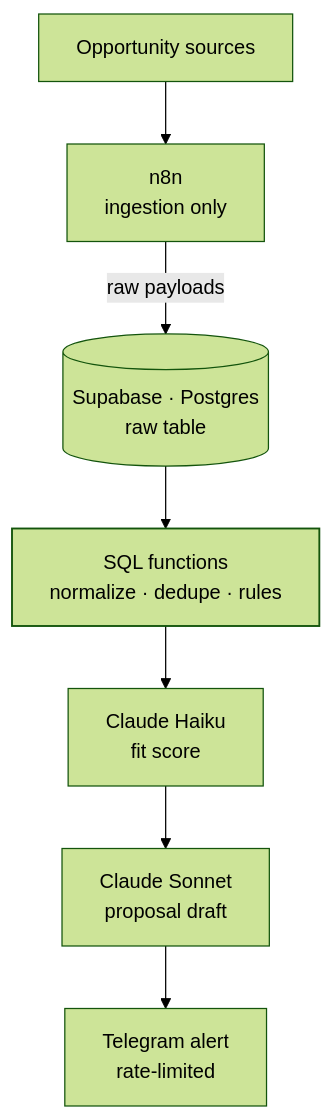
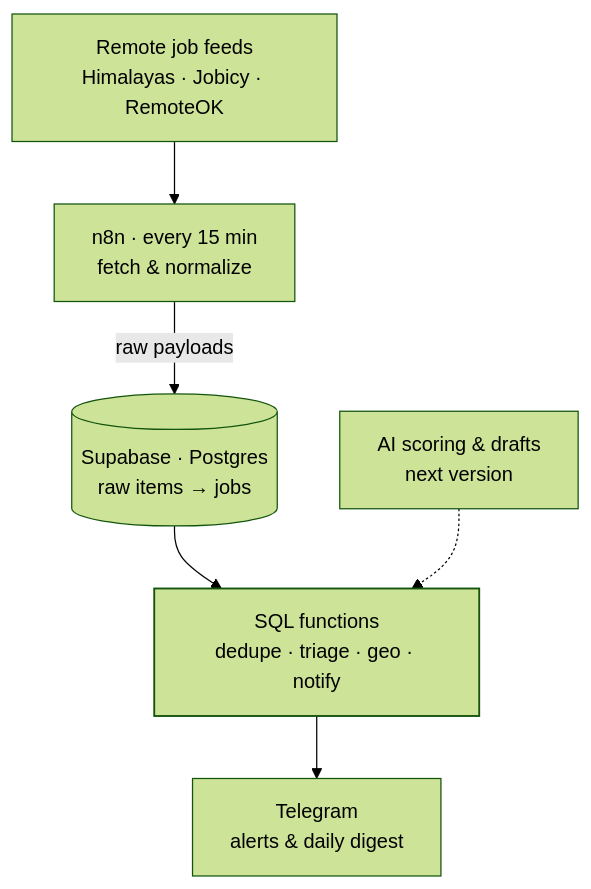
Before and after one commit to BLOW3ED/dev-portfolio: the diagram in content/en/work/autojob.mdx, drawn with Mermaid (forest theme). The commit also changed other lines of this file and 38 other files, not shown here.

````diff
--- a/content/en/work/autojob.mdx
+++ b/content/en/work/autojob.mdx
@@ -37,15 +35,14 @@
 ```mermaid
 flowchart TB
   accTitle: AutoJob architecture
-  accDescr: n8n fetches opportunities from the sources and writes raw payloads into Supabase. All business rules run as SQL functions in Postgres, including deduplication with a generated canonical hash. Claude Haiku scores opportunities, Claude Sonnet writes proposal drafts, and alerts go out through Telegram with rate limiting.
+  accDescr: Every 15 minutes n8n fetches listings from public remote-job feeds, normalizes them and hands the raw payloads to SQL functions in Supabase Postgres. The SQL functions deduplicate with a generated hash, triage each listing and decide whether it becomes an individual alert or a line in the daily digest. n8n delivers the messages, which SQL already wrote, to Telegram with rate limiting. AI scoring and proposal drafts are the next version and will only see listings that pass the SQL rules.
 
-  SRC["Opportunity sources"] --> N8N["n8n<br/>ingestion only"]
-  N8N -->|raw payloads| RAW[("Supabase · Postgres<br/>raw table")]
-  RAW --> SQL["SQL functions<br/>normalize · dedupe · rules"]
-  SQL --> SCORE["Claude Haiku<br/>fit score"]
-  SCORE --> DRAFT["Claude Sonnet<br/>proposal draft"]
-  DRAFT --> TG["Telegram alert<br/>rate-limited"]
+  SRC["Remote job feeds<br/>Himalayas · Jobicy · RemoteOK"] --> N8N["n8n · every 15 min<br/>fetch & normalize"]
+  N8N -->|raw payloads| DB[("Supabase · Postgres<br/>raw items → jobs")]
+  DB --> SQL["SQL functions<br/>dedupe · triage · geo · notify"]
+  SQL --> TG["Telegram<br/>alerts & daily digest"]
+  AI["AI scoring & drafts<br/>next version"] -.-> SQL
 
   classDef truth stroke-width:1.5px
   class SQL truth
 ```
````
